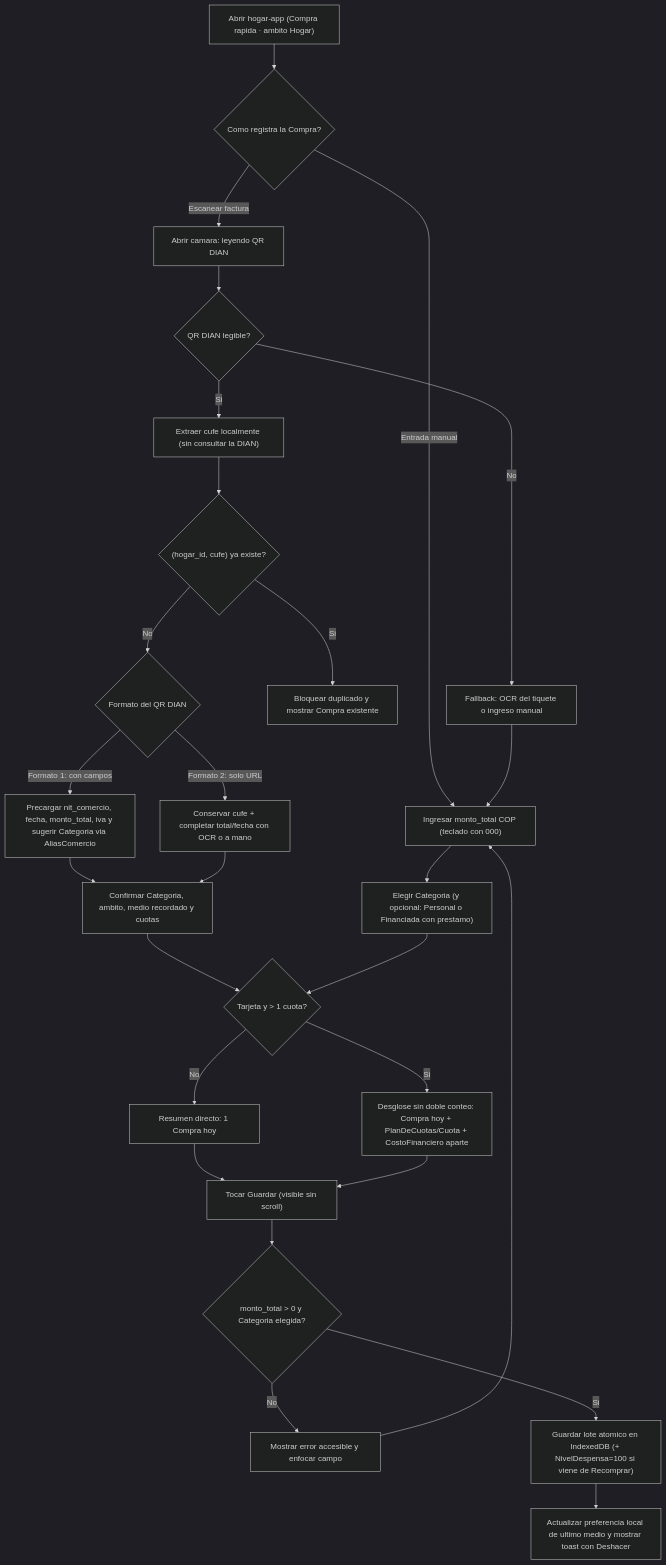
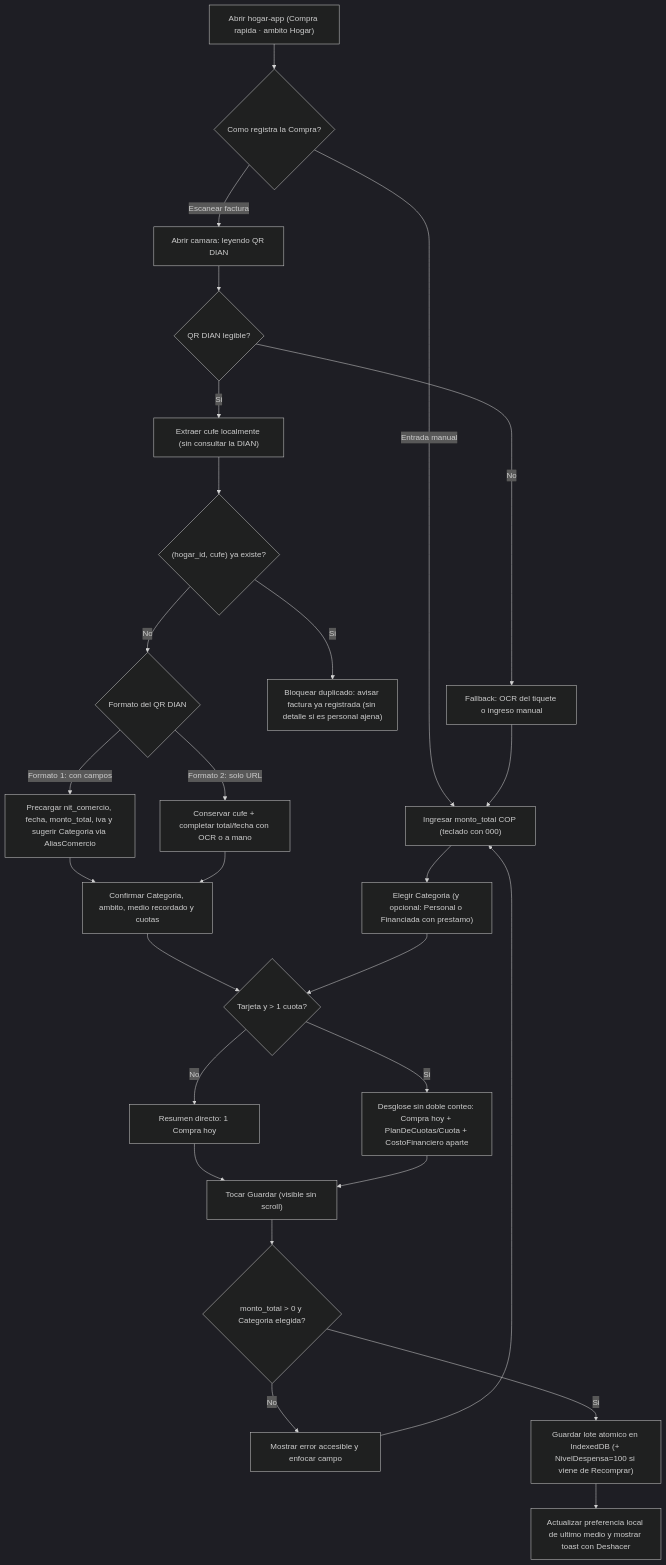
Before and after one commit to meperdev/hogar-app: the diagram in docs/flows/compra-rapida.md, drawn with Mermaid (dark theme). The commit also changed other lines of this file and 14 other files, not shown here.

````diff
--- a/docs/flows/compra-rapida.md
+++ b/docs/flows/compra-rapida.md
@@ -146,31 +151,31 @@
 ```mermaid
 flowchart TD
     A["Abrir hogar-app (Compra rapida · ambito Hogar)"] --> B{"Como registra la Compra?"}
     B -- "Entrada manual" --> C["Ingresar monto_total COP (teclado con 000)"]
     C --> D["Elegir Categoria (y opcional: Personal o Financiada con prestamo)"]
 
     B -- "Escanear factura" --> Q1["Abrir camara: leyendo QR DIAN"]
     Q1 --> Q2{"QR DIAN legible?"}
     Q2 -- No --> Q3["Fallback: OCR del tiquete o ingreso manual"]
     Q3 --> C
     Q2 -- Si --> Q4["Extraer cufe localmente (sin consultar la DIAN)"]
     Q4 --> Q5{"(hogar_id, cufe) ya existe?"}
-    Q5 -- Si --> Q6["Bloquear duplicado y mostrar Compra existente"]
+    Q5 -- Si --> Q6["Bloquear duplicado: avisar factura ya registrada (sin detalle si es personal ajena)"]
     Q5 -- No --> Q7{"Formato del QR DIAN"}
     Q7 -- "Formato 1: con campos" --> Q8["Precargar nit_comercio, fecha, monto_total, iva y sugerir Categoria via AliasComercio"]
     Q7 -- "Formato 2: solo URL" --> Q9["Conservar cufe + completar total/fecha con OCR o a mano"]
     Q8 --> Q10["Confirmar Categoria, ambito, medio recordado y cuotas"]
     Q9 --> Q10
     Q10 --> E{"Tarjeta y > 1 cuota?"}
 
     D --> E
     E -- No --> F["Resumen directo: 1 Compra hoy"]
     E -- Si --> G["Desglose sin doble conteo: Compra hoy + PlanDeCuotas/Cuota + CostoFinanciero aparte"]
     F --> H["Tocar Guardar (visible sin scroll)"]
     G --> H
     H --> I{"monto_total > 0 y Categoria elegida?"}
     I -- No --> J["Mostrar error accesible y enfocar campo"]
     J --> C
     I -- Si --> M["Guardar lote atomico en IndexedDB (+ NivelDespensa=100 si viene de Recomprar)"]
     M --> N["Actualizar preferencia local de ultimo medio y mostrar toast con Deshacer"]
 ```
````
